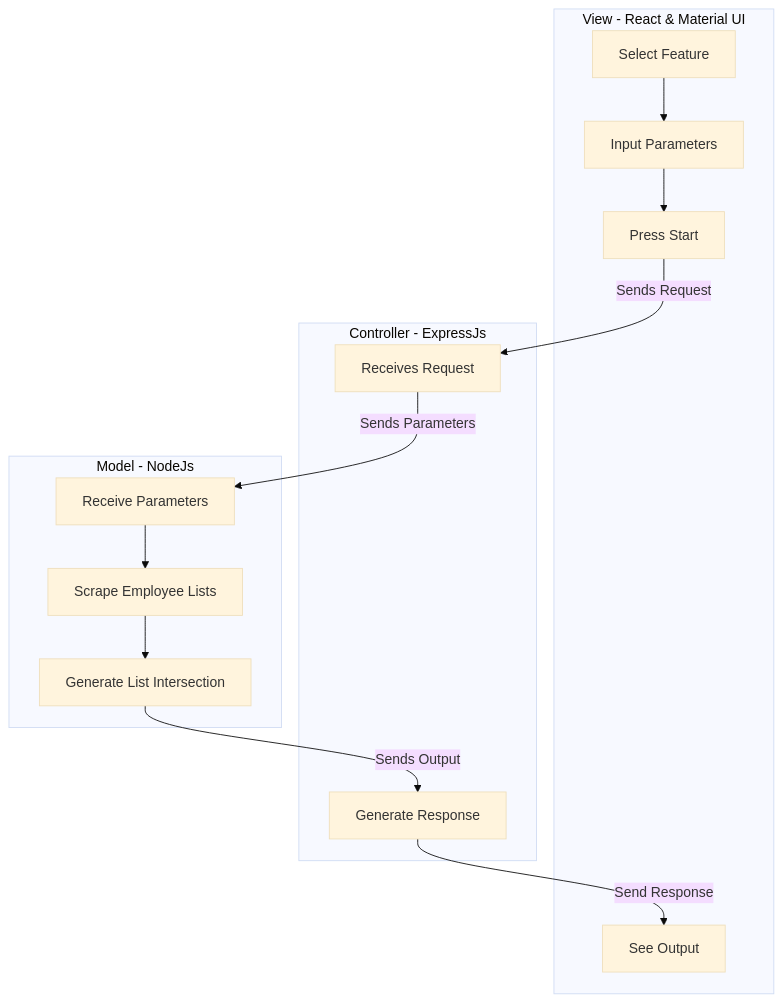
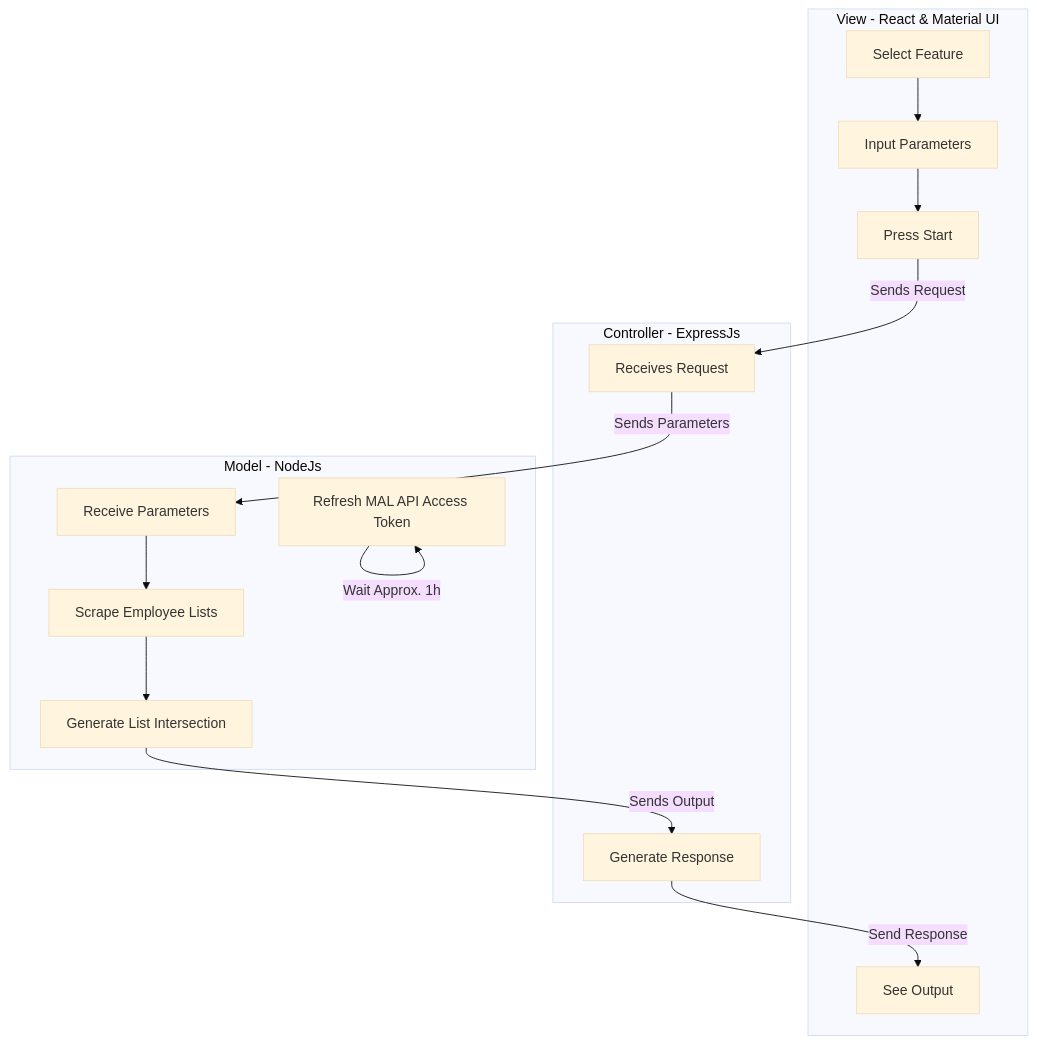
Before and after one commit to TerryCLAWong/malFigures: the diagram in README.md, drawn with Mermaid (base theme). The commit also changed other lines of this file and 1 other file, not shown here.

Commit message:
Added dependencies to README and updated README diagrams

````diff
--- a/README.md
+++ b/README.md
@@ -29,23 +44,24 @@
 ```mermaid
 graph TD;
     B--Sends Request-->C
     C--Sends Parameters-->D
     F--Sends Output-->G
     G--Send Response-->H
+
     subgraph View[View - React & Material UI]
-    
     AA[Select Feature]-->A[Input Parameters]-->B[Press Start]
     H[See Output]
     end
 
     subgraph Controller[Controller - ExpressJs]
     C[Receives Request]
     G[Generate Response]
     end
 
     subgraph Model[Model - NodeJs]
     D[Receive Parameters]-->E[Scrape Employee Lists]
     E-->F[Generate List Intersection]
+    I[Refresh MAL API Access Token]--Wait Approx. 1h--> I
     end
 
 ```
````
